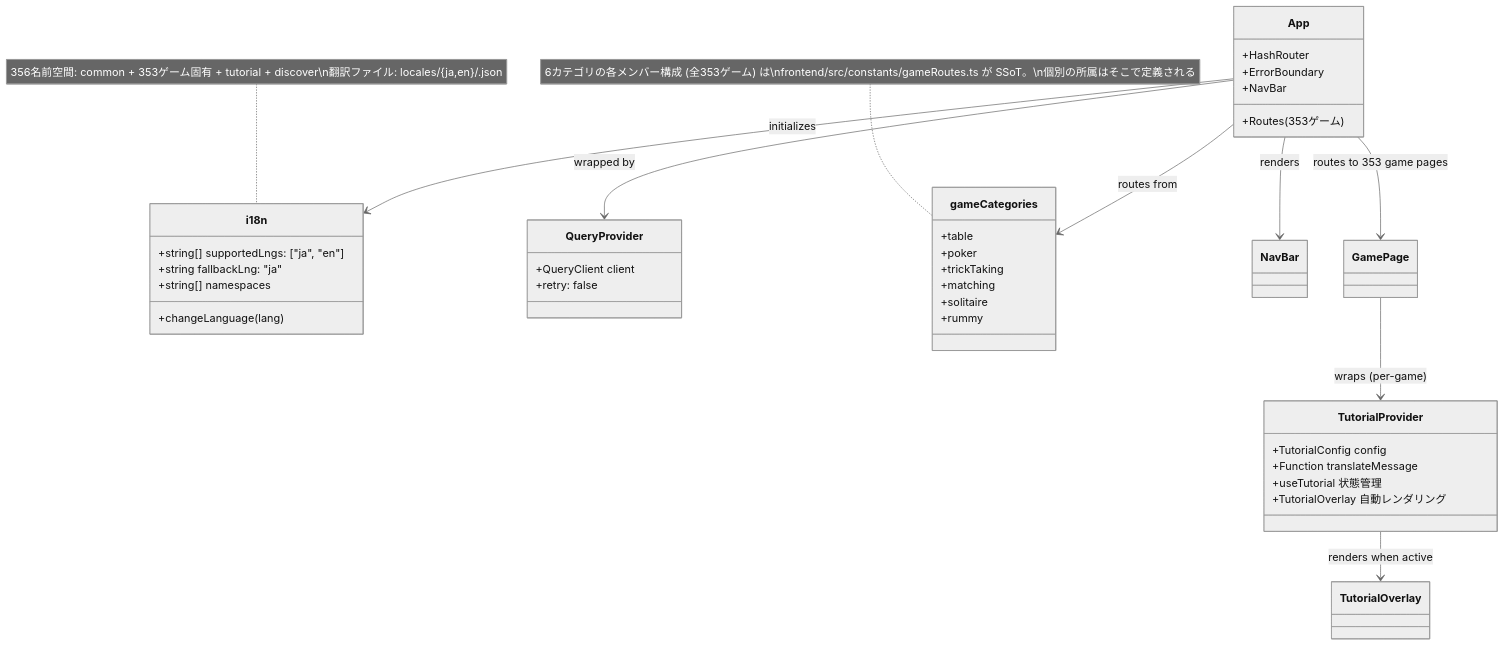
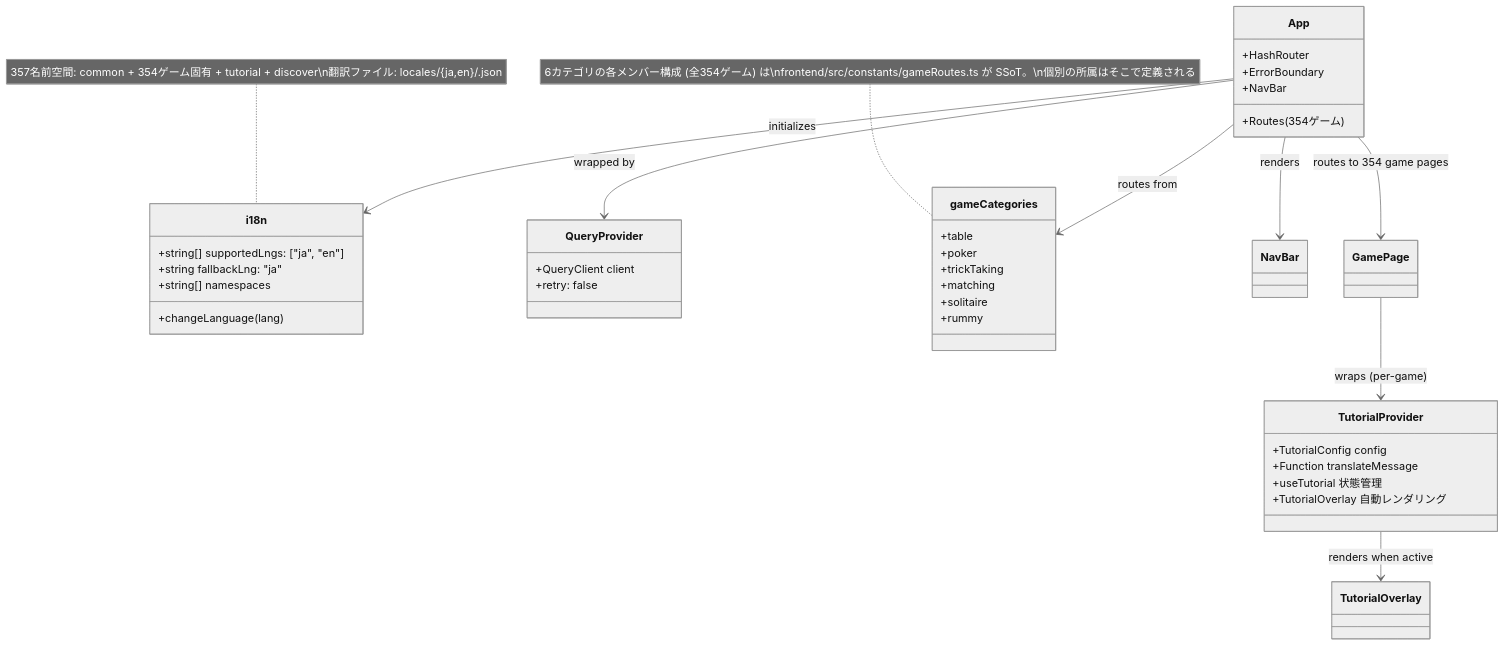
One commit to yuta-yoshinaga/go_trumpcards changed the ninth of 49 diagrams in docs/design/frontend.md. Above: the diagram before and after it, drawn with Mermaid (neutral theme). The commit also changed other lines of this file and 53 other files, not shown here.

````diff
--- a/docs/design/frontend.md
+++ b/docs/design/frontend.md
@@ -1874,48 +1874,48 @@
 ```mermaid
 classDiagram
     class i18n {
         +string[] supportedLngs: ["ja", "en"]
         +string fallbackLng: "ja"
         +string[] namespaces
         +changeLanguage(lang)
     }
 
     class QueryProvider {
         +QueryClient client
         +retry: false
     }
 
     class App {
         +HashRouter
         +ErrorBoundary
         +NavBar
-        +Routes (353ゲーム)
+        +Routes (354ゲーム)
     }
 
     class gameCategories {
         +table
         +poker
         +trickTaking
         +matching
         +solitaire
         +rummy
     }
-    note for gameCategories "6カテゴリの各メンバー構成 (全353ゲーム) は\nfrontend/src/constants/gameRoutes.ts が SSoT。\n個別の所属はそこで定義される"
+    note for gameCategories "6カテゴリの各メンバー構成 (全354ゲーム) は\nfrontend/src/constants/gameRoutes.ts が SSoT。\n個別の所属はそこで定義される"
 
     class TutorialProvider {
         +TutorialConfig config
         +Function translateMessage
         +useTutorial 状態管理
         +TutorialOverlay 自動レンダリング
     }
 
     App --> QueryProvider : wrapped by
     App --> i18n : initializes
     App --> gameCategories : routes from
     App --> NavBar : renders
-    App --> GamePage : routes to 353 game pages
+    App --> GamePage : routes to 354 game pages
     GamePage --> TutorialProvider : wraps (per-game)
     TutorialProvider --> TutorialOverlay : renders when active
 
-    note for i18n "356名前空間: common + 353ゲーム固有 + tutorial + discover\n翻訳ファイル: locales/{ja,en}/<game>.json"
+    note for i18n "357名前空間: common + 354ゲーム固有 + tutorial + discover\n翻訳ファイル: locales/{ja,en}/<game>.json"
 ```
````
